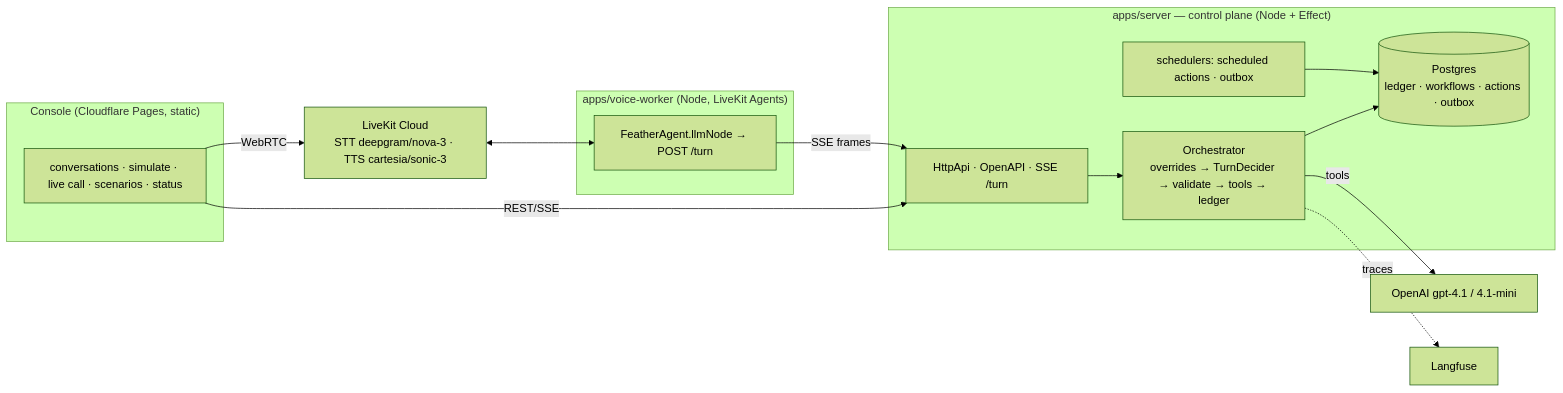
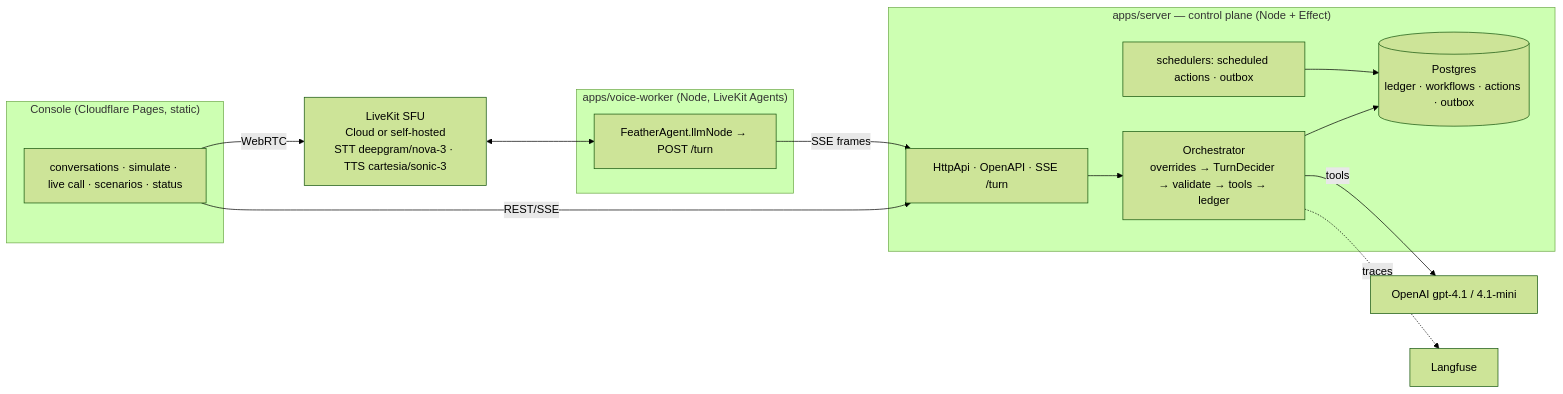
One commit to Vaibtan/Feather-Lite changed the diagram in README.md. Above: the diagram before and after it, drawn with Mermaid (forest theme). The commit also changed other lines of this file and 8 other files, not shown here.

````diff
--- a/README.md
+++ b/README.md
@@ -38,22 +40,22 @@
 ```mermaid
 flowchart LR
   subgraph browser["Console (Cloudflare Pages, static)"]
     UI[conversations · simulate · live call · scenarios · status]
   end
   subgraph cp["apps/server — control plane (Node + Effect)"]
     API[HttpApi · OpenAPI · SSE /turn]
     ORCH[Orchestrator<br/>overrides → TurnDecider → validate → tools → ledger]
     SCHED[schedulers: scheduled actions · outbox]
     API --> ORCH --> PG[(Postgres<br/>ledger · workflows · actions · outbox)]
     SCHED --> PG
   end
   subgraph vw["apps/voice-worker (Node, LiveKit Agents)"]
     AG[FeatherAgent.llmNode → POST /turn]
   end
   UI -- REST/SSE --> API
-  UI -- WebRTC --> LK[LiveKit Cloud<br/>STT deepgram/nova-3 · TTS cartesia/sonic-3]
+  UI -- WebRTC --> LK[LiveKit SFU<br/>Cloud or self-hosted<br/>STT deepgram/nova-3 · TTS cartesia/sonic-3]
   LK <--> AG
   AG -- SSE frames --> API
   ORCH -- tools --> LLM[OpenAI gpt-4.1 / 4.1-mini]
   ORCH -. traces .-> LF[Langfuse]
 ```
````
